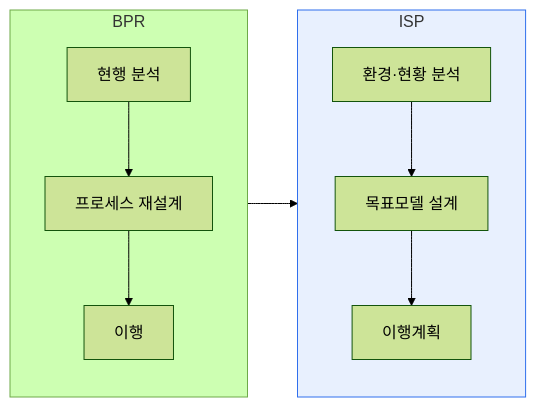
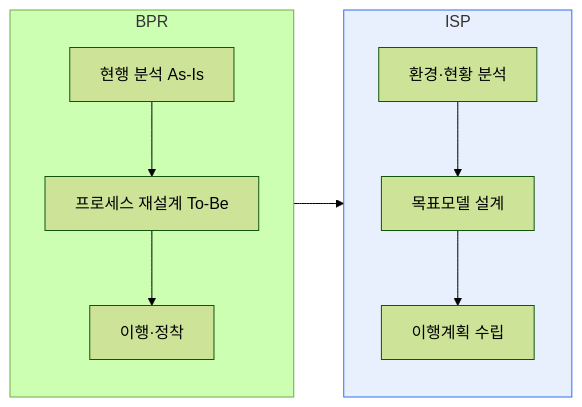
One commit to coninggu/wjdqhrhksflrltnftk changed the diagram in content/isp-vs-bpr.md. Above: the diagram before and after it, drawn with Mermaid (forest theme). The commit also changed other lines of this file and 5 other files, not shown here.

````diff
--- a/content/isp-vs-bpr.md
+++ b/content/isp-vs-bpr.md
@@ -12,11 +15,11 @@
 ```mermaid
 flowchart LR
   subgraph BPR
-    B1[현행 분석] --> B2[프로세스 재설계] --> B3[이행]
+    B1[현행 분석 As-Is] --> B2[프로세스 재설계 To-Be] --> B3[이행·정착]
   end
   subgraph ISP
-    I1[환경·현황 분석] --> I2[목표모델 설계] --> I3[이행계획]
+    I1[환경·현황 분석] --> I2[목표모델 설계] --> I3[이행계획 수립]
   end
   BPR --> ISP
   style ISP fill:#e8f0fe,stroke:#2f6fed
 ```
````
